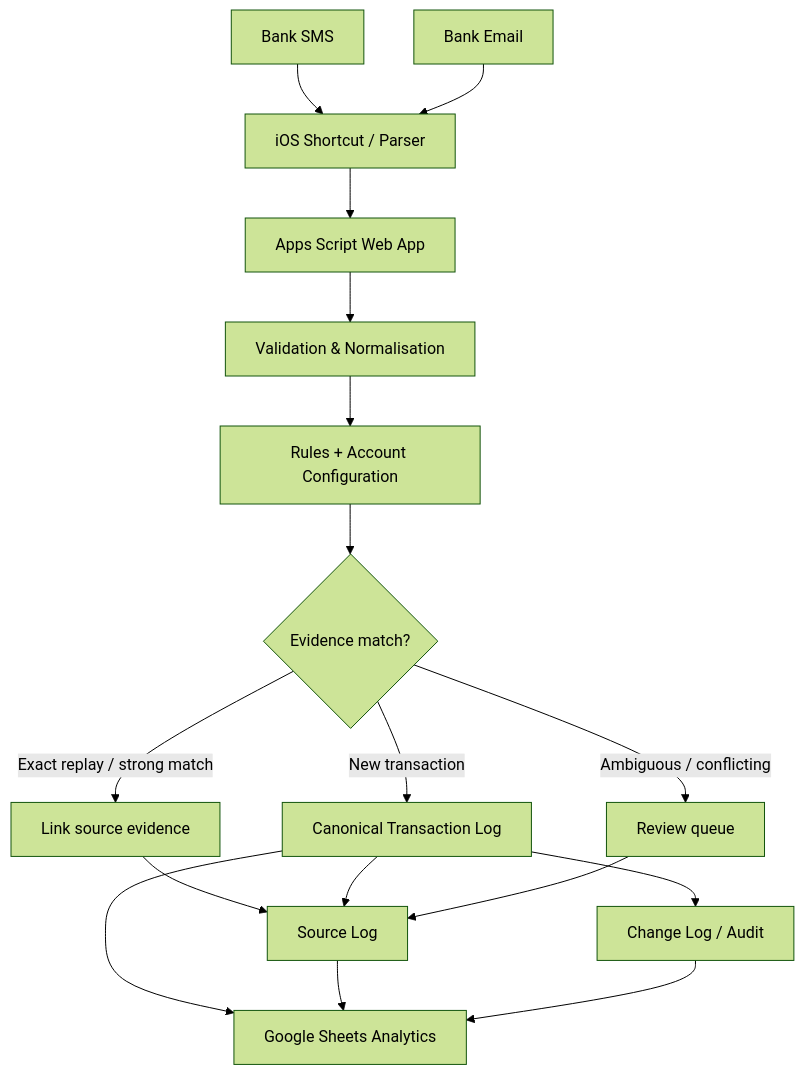
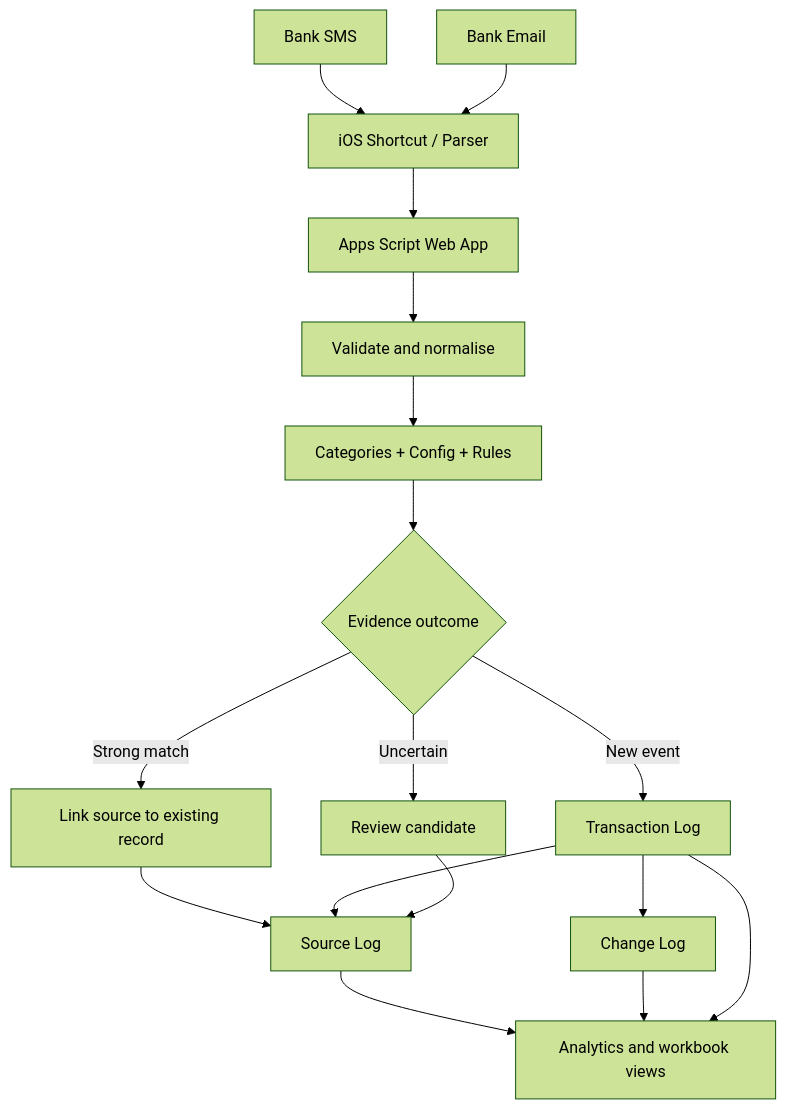
One commit to asish312/Personal-Finance-Intelligence-System changed the diagram in README.md. Above: the diagram before and after it, drawn with Mermaid (forest theme). The commit also changed other lines of this file, not shown here.

Commit message:
Reshape PFIS README into story-led product and configuration guide

````diff
--- a/README.md
+++ b/README.md
@@ -67,19 +278,19 @@
 ```mermaid
 flowchart TD
-    A["Bank SMS"] --> C["iOS Shortcut / Parser"]
-    B["Bank Email"] --> C
-    C --> D["Apps Script Web App"]
-    D --> E["Validation & Normalisation"]
-    E --> F["Rules + Account Configuration"]
-    F --> G{"Evidence match?"}
-    G -->|"Exact replay / strong match"| H["Link source evidence"]
-    G -->|"New transaction"| I["Canonical Transaction Log"]
-    G -->|"Ambiguous / conflicting"| J["Review queue"]
-    H --> K["Source Log"]
-    I --> K
-    J --> K
-    I --> L["Change Log / Audit"]
-    I --> M["Google Sheets Analytics"]
-    K --> M
-    L --> M
+  A["Bank SMS"] --> C["iOS Shortcut / Parser"]
+  B["Bank Email"] --> C
+  C --> D["Apps Script Web App"]
+  D --> E["Validate and normalise"]
+  E --> F["Categories + Config + Rules"]
+  F --> G{"Evidence outcome"}
+  G -->|"Strong match"| H["Link source to existing record"]
+  G -->|"New event"| I["Transaction Log"]
+  G -->|"Uncertain"| J["Review candidate"]
+  H --> K["Source Log"]
+  I --> K
+  J --> K
+  I --> L["Change Log"]
+  K --> M["Analytics and workbook views"]
+  L --> M
+  I --> M
 ```
````
